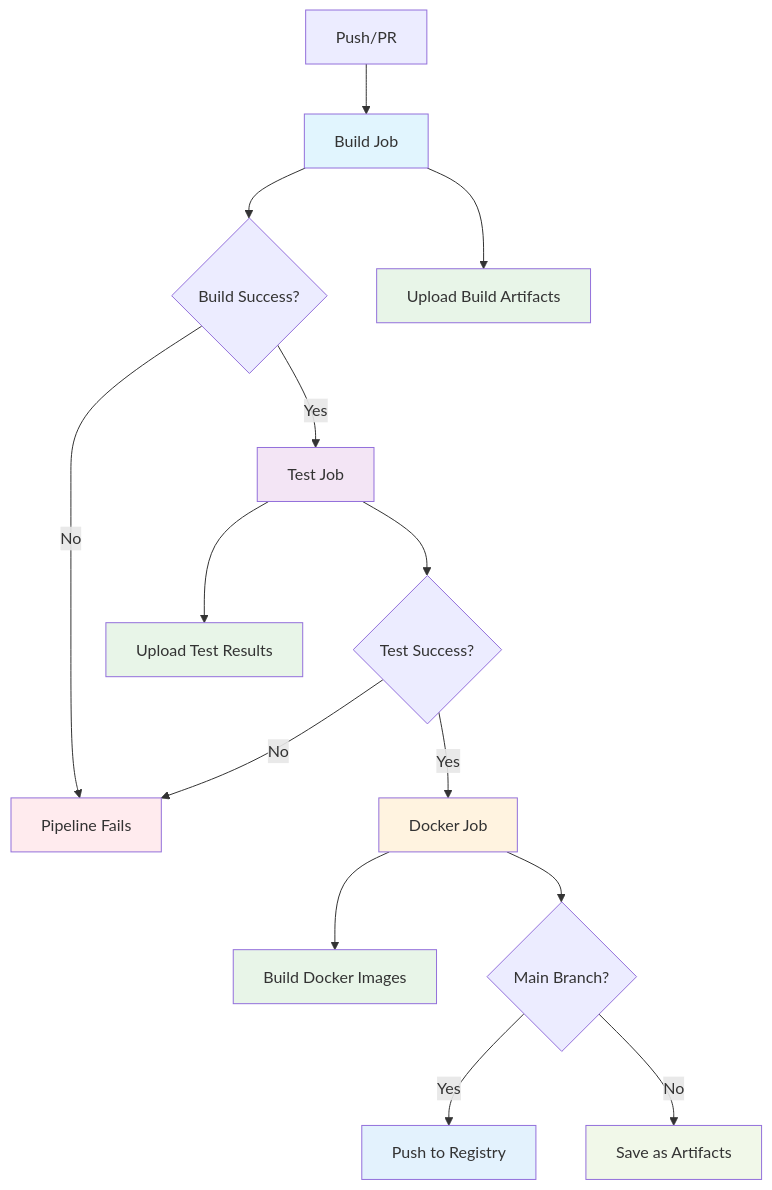
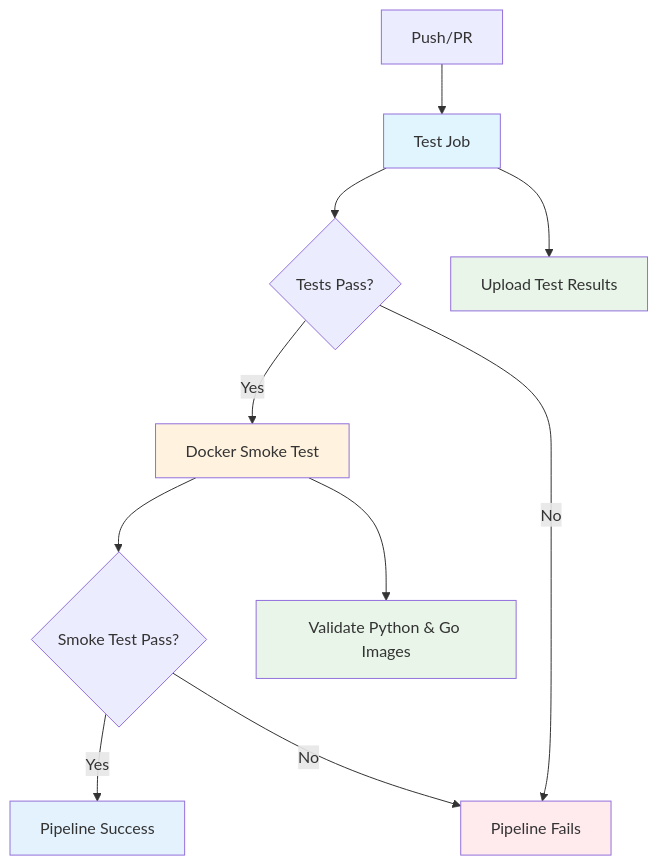
The first of 2 diagrams in README.md (whale-net/everything), drawn with Mermaid before and after one commit. The commit also changed other lines of this file and 1 other file, not shown here.

Commit message:
Update documentation to reflect smoke test approach

````diff
--- a/README.md
+++ b/README.md
@@ -585,26 +585,19 @@
 ```mermaid
 graph TD
-    A[Push/PR] --> B[Build Job]
-    B --> C{Build Success?}
-    C -->|Yes| D[Test Job]
+    A[Push/PR] --> B[Test Job]
+    B --> C{Tests Pass?}
+    C -->|Yes| D[Docker Smoke Test]
     C -->|No| F[Pipeline Fails]
-    D --> G{Test Success?}
-    G -->|Yes| H[Docker Job]
-    G -->|No| F
-    D --> I[Upload Test Results]
-    H --> J[Build Docker Images]
-    B --> K[Upload Build Artifacts]
-    H --> L{Main Branch?}
-    L -->|Yes| M[Push to Registry]
-    L -->|No| N[Save as Artifacts]
+    B --> G[Upload Test Results]
+    D --> H{Smoke Test Pass?}
+    H -->|Yes| I[Pipeline Success]
+    H -->|No| F
+    D --> J[Validate Python & Go Images]
     
     style B fill:#e1f5fe
-    style D fill:#f3e5f5
-    style H fill:#fff3e0
+    style D fill:#fff3e0
     style F fill:#ffebee
-    style I fill:#e8f5e8
+    style G fill:#e8f5e8
+    style I fill:#e3f2fd
     style J fill:#e8f5e8
-    style K fill:#e8f5e8
-    style M fill:#e3f2fd
-    style N fill:#f1f8e9
 ```
````
